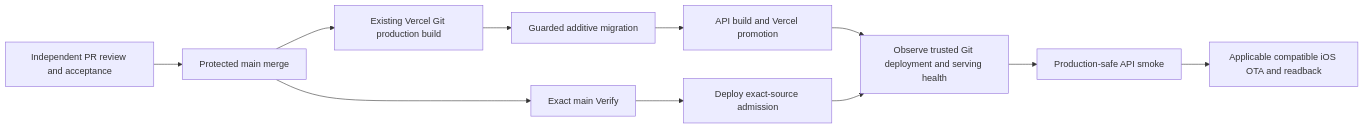
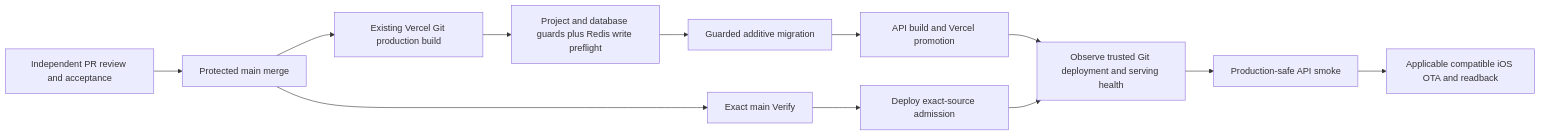
One commit to dgmolla/fitsy changed the diagram in docs/engineering/devops/routine-production.md. Above: the diagram before and after it, drawn with Mermaid. The commit also changed other lines of this file and 10 other files, not shown here.

````diff
--- a/docs/engineering/devops/routine-production.md
+++ b/docs/engineering/devops/routine-production.md
@@ -8,13 +8,14 @@
 ```mermaid
 flowchart LR
     R[Independent PR review and acceptance] --> M[Protected main merge]
     M --> G[Existing Vercel Git production build]
-    G --> D[Guarded additive migration]
+    G --> P[Project and database guards plus Redis write preflight]
+    P --> D[Guarded additive migration]
     D --> B[API build and Vercel promotion]
     M --> V[Exact main Verify]
     V --> A[Deploy exact-source admission]
     B --> O[Observe trusted Git deployment and serving health]
     A --> O
     O --> S[Production-safe API smoke]
     S --> E[Applicable compatible iOS OTA and readback]
 ```
````
